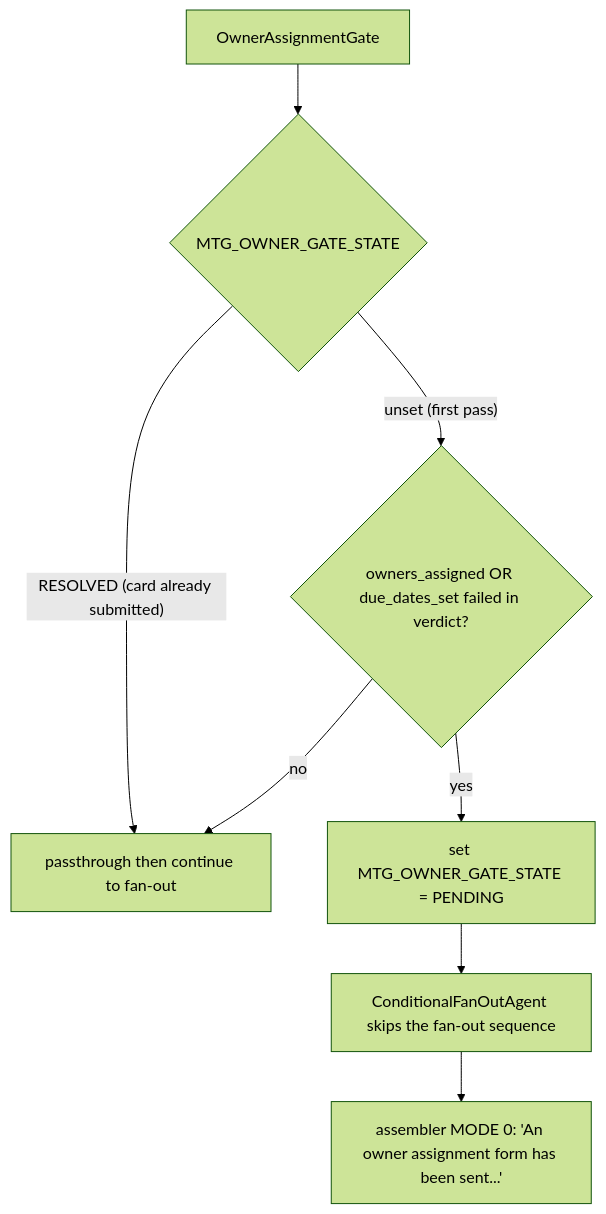
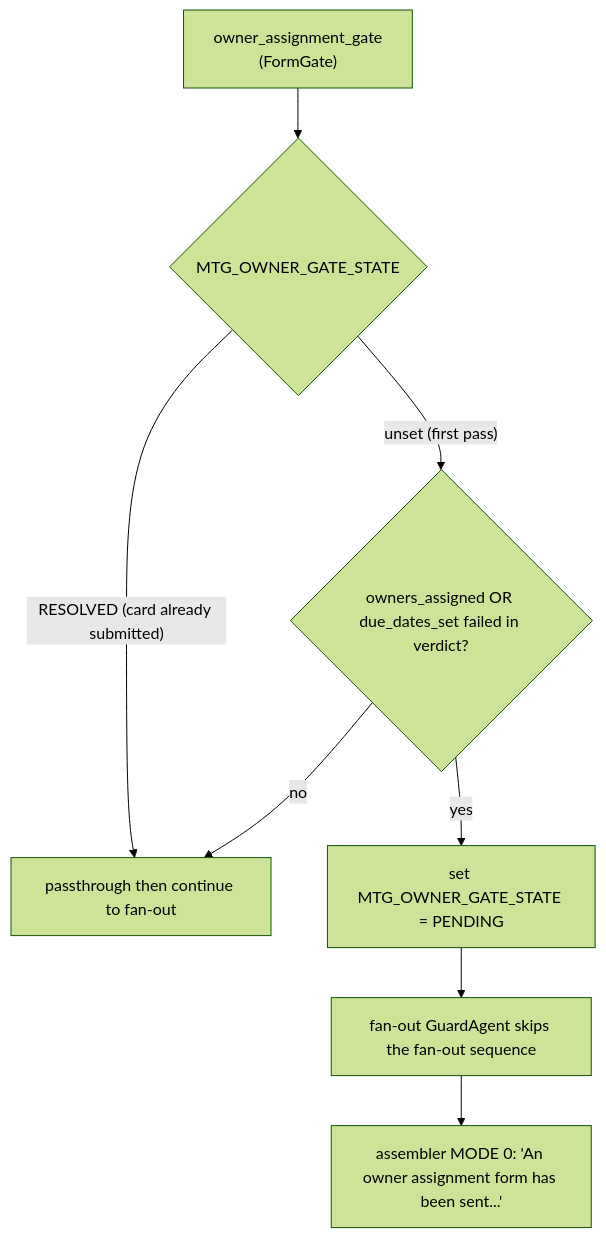
Before and after one commit to Bojackson123/Workspace-Agent: the fifth of 9 diagrams in Docs/Meeting-Workflow.md, drawn with Mermaid (forest theme). The commit also changed other lines of this file and 53 other files, not shown here.

````diff
--- a/Docs/Meeting-Workflow.md
+++ b/Docs/Meeting-Workflow.md
@@ -118,10 +121,10 @@
 ```mermaid
 flowchart TD
-    OG["OwnerAssignmentGate"] --> S{"MTG_OWNER_GATE_STATE"}
+    OG["owner_assignment_gate<br/>(FormGate)"] --> S{"MTG_OWNER_GATE_STATE"}
     S -->|"RESOLVED (card already submitted)"| PASS["passthrough then continue to fan-out"]
     S -->|"unset (first pass)"| CK{"owners_assigned OR due_dates_set failed in verdict?"}
     CK -->|"no"| PASS
     CK -->|"yes"| PEND["set MTG_OWNER_GATE_STATE = PENDING"]
-    PEND --> SKIP["ConditionalFanOutAgent skips the fan-out sequence"]
+    PEND --> SKIP["fan-out GuardAgent skips the fan-out sequence"]
     SKIP --> ASM0["assembler MODE 0: 'An owner assignment form has been sent...'"]
 ```
````
